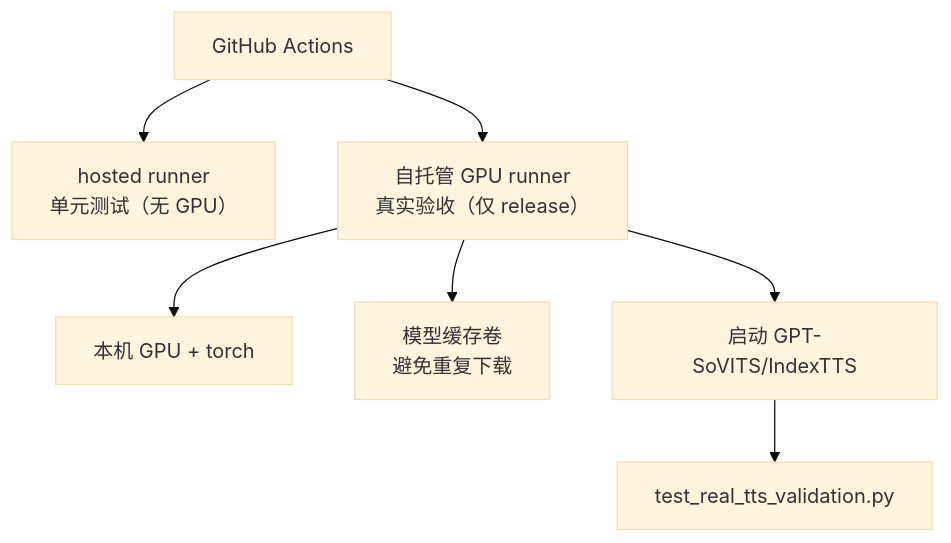
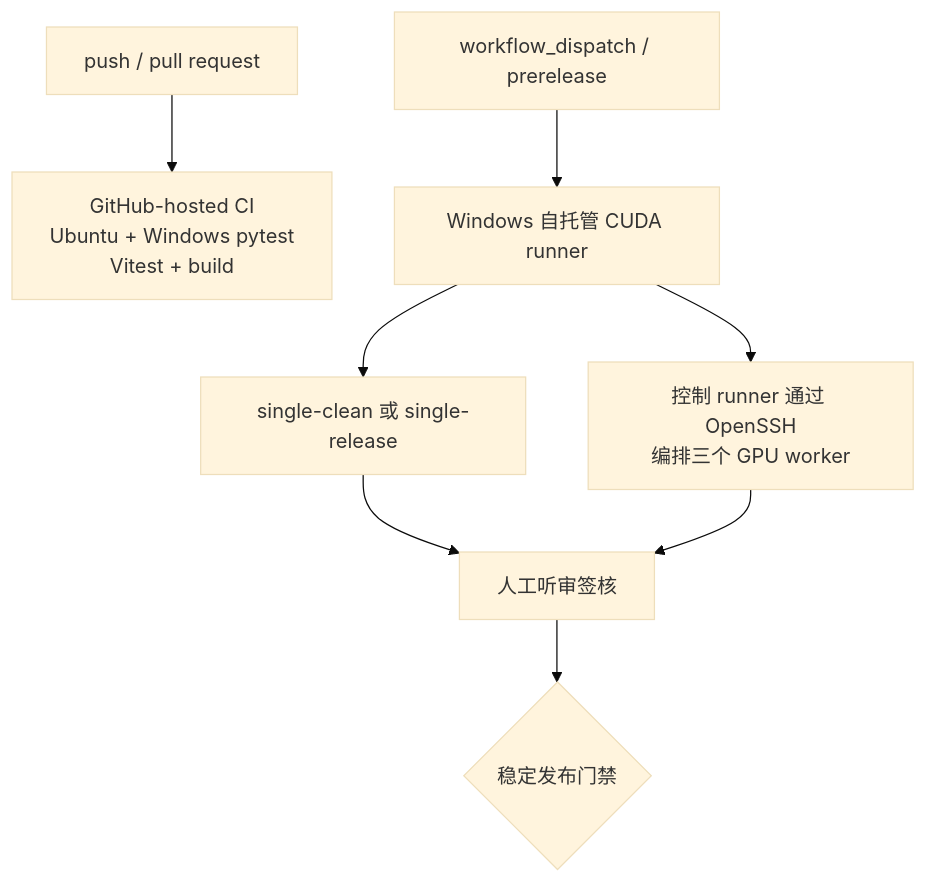
Before and after one commit to XucroYuri/TTS_more: the diagram in docs/ci-architecture.md, drawn with Mermaid (base theme). The commit also changed other lines of this file and 49 other files, not shown here.

Commit message:
feat: add Windows CUDA end-to-end validation

````diff
--- a/docs/ci-architecture.md
+++ b/docs/ci-architecture.md
@@ -66,9 +7,9 @@
 ```mermaid
 flowchart TD
-    GH["GitHub Actions"] --> Hosted["hosted runner<br/>单元测试（无 GPU）"]
-    GH --> SelfHosted["自托管 GPU runner<br/>真实验收（仅 release）"]
-    SelfHosted --> GPU["本机 GPU + torch"]
-    SelfHosted --> Cache["模型缓存卷<br/>避免重复下载"]
-    SelfHosted --> Svc["启动 GPT-SoVITS/IndexTTS"]
-    Svc --> Test["test_real_tts_validation.py"]
+    Change["push / pull request"] --> Hosted["GitHub-hosted CI\nUbuntu + Windows pytest\nVitest + build"]
+    Candidate["workflow_dispatch / prerelease"] --> GPU["Windows 自托管 CUDA runner"]
+    GPU --> Single["single-clean 或 single-release"]
+    GPU --> Distributed["控制 runner 通过 OpenSSH\n编排三个 GPU worker"]
+    Single & Distributed --> Human["人工听审签核"]
+    Human --> Stable{"稳定发布门禁"}
 ```
````
